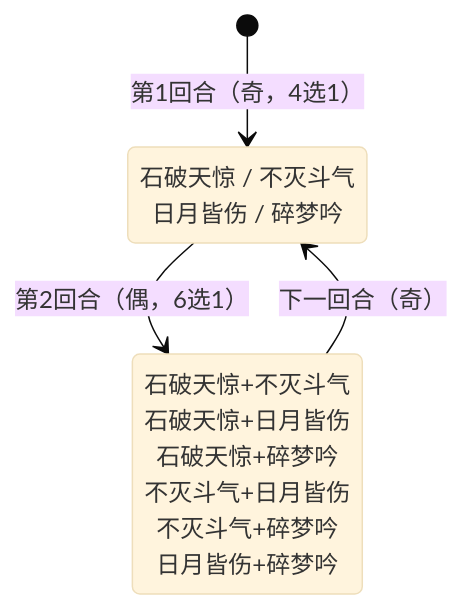
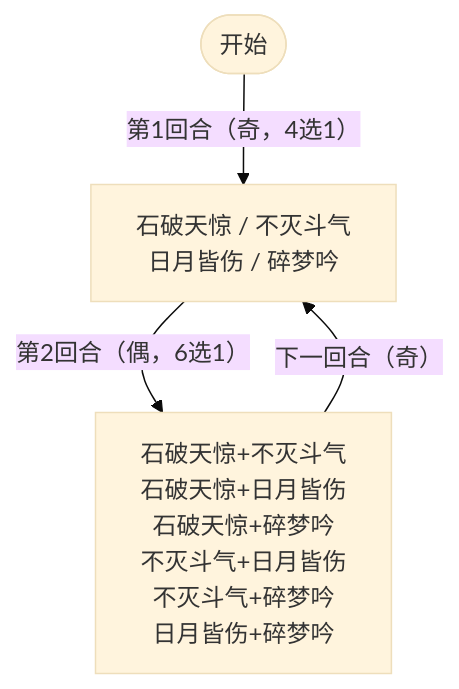
Before and after one commit to ttyl11/seer-wiki: the diagram in docs/monsters/boss/gaia_monster.md, drawn with Mermaid (base theme). The commit also changed 9 other files, not shown here.

First line of the commit message:
fix: 修复角色图鉴图标尺寸、mermaid节点文本截断、文案调整

````diff
--- a/docs/monsters/boss/gaia_monster.md
+++ b/docs/monsters/boss/gaia_monster.md
@@ -17,9 +17,6 @@
 ```mermaid
-stateDiagram-v2
-    direction TB
-    state "石破天惊 / 不灭斗气<br/>日月皆伤 / 碎梦吟" as s1
-    state "石破天惊+不灭斗气<br/>石破天惊+日月皆伤<br/>石破天惊+碎梦吟<br/>不灭斗气+日月皆伤<br/>不灭斗气+碎梦吟<br/>日月皆伤+碎梦吟" as s2
-    [*] --> s1: 第1回合（奇，4选1）
-    s1 --> s2: 第2回合（偶，6选1）
-    s2 --> s1: 下一回合（奇）
+flowchart TD
+    A([开始]) -->|"第1回合（奇，4选1）"| B["石破天惊 / 不灭斗气<br/>日月皆伤 / 碎梦吟"]
+    B -->|"第2回合（偶，6选1）"| C["石破天惊+不灭斗气<br/>石破天惊+日月皆伤<br/>石破天惊+碎梦吟<br/>不灭斗气+日月皆伤<br/>不灭斗气+碎梦吟<br/>日月皆伤+碎梦吟"]
+    C -->|"下一回合（奇）"| B
 ```
````
